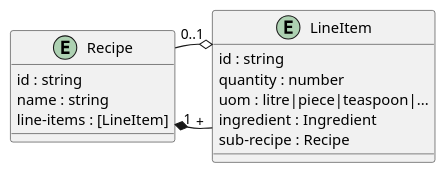
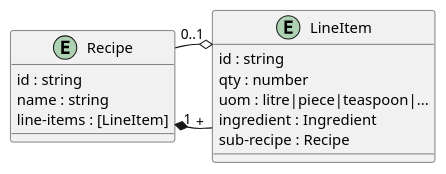
Before and after one commit to fulcro-community/fulcro-cookbook: the first of 3 diagrams in dynamic-recursion/dynamic-recursion.adoc, drawn with PlantUML. The commit also changed other lines of this file and 2 other files, not shown here.

```diff
--- a/dynamic-recursion/dynamic-recursion.adoc
+++ b/dynamic-recursion/dynamic-recursion.adoc
@@ -12,19 +39,19 @@
 [plantuml,data-model,png]
 .... 
 @startuml
 entity Recipe {
   id : string
   name : string
   line-items : [LineItem]
 }
 entity LineItem {
   id : string
-  quantity : number
+  qty : number
   uom : litre|piece|teaspoon|...
   ingredient : Ingredient
   sub-recipe : Recipe
 }
 Recipe "1" *- "+" LineItem
 LineItem o- "0..1" Recipe
 @enduml
 ....
```
